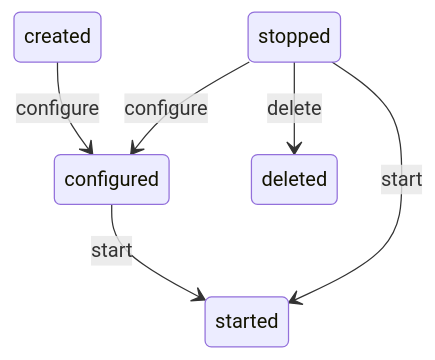
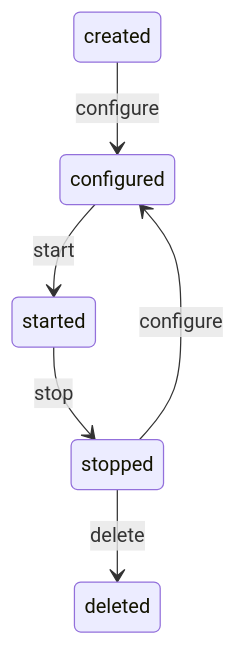
One commit to agynio/platform changed the diagram in docs/LIFECYCLE.md. Above: the diagram before and after it, drawn with Mermaid. The commit also changed other lines of this file, not shown here.

Commit message:
docs(lifecycle): correct state diagram to show only three explicit flows and remove ambiguous arcs

````diff
--- a/docs/LIFECYCLE.md
+++ b/docs/LIFECYCLE.md
@@ -79,8 +79,8 @@
 ```mermaid
 stateDiagram-v2
   created --> configured: configure
   configured --> started: start
+  started --> stopped: stop
   stopped --> configured: configure
-  stopped --> started: start
   stopped --> deleted: delete
 ```
````
